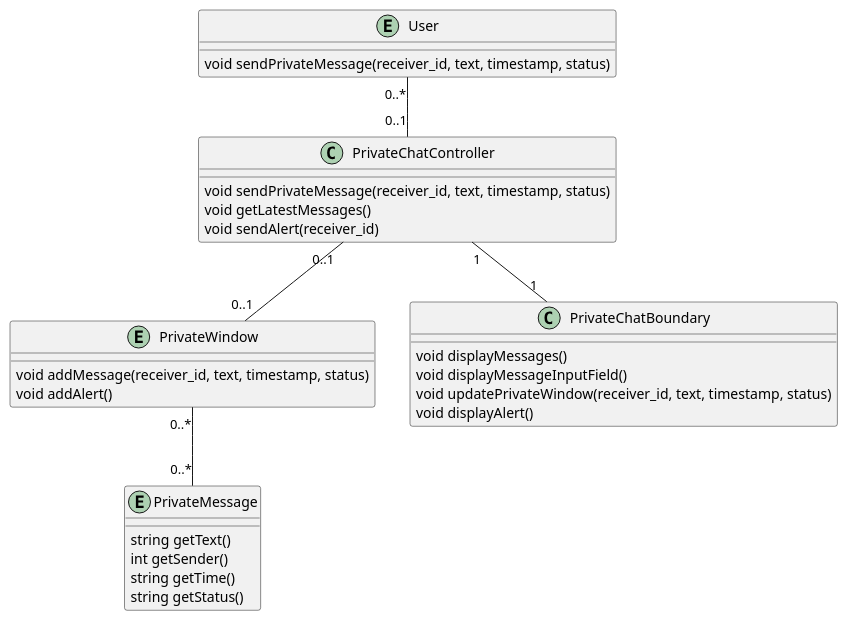
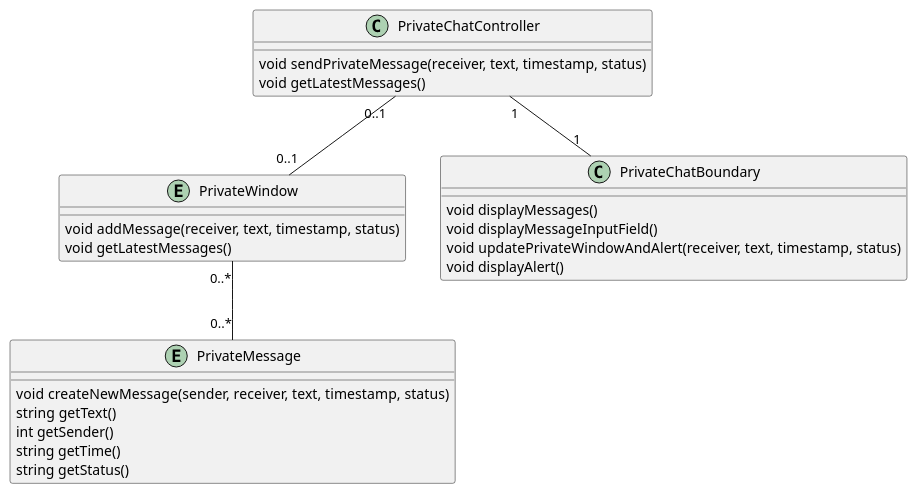
The diagram in docs/ooa/chat-privately/vopc.puml (Lorilandly/ESN), drawn with PlantUML before and after one commit. The commit also changed 1 other file, not shown here.

```diff
--- a/docs/ooa/chat-privately/vopc.puml
+++ b/docs/ooa/chat-privately/vopc.puml
@@ -1,30 +1,26 @@
 @startuml
-entity User {
-    void sendPrivateMessage(receiver_id, text, timestamp, status)
-}
 class PrivateChatController {
-    void sendPrivateMessage(receiver_id, text, timestamp, status)
+    void sendPrivateMessage(receiver, text, timestamp, status)
     void getLatestMessages()
-    void sendAlert(receiver_id)
 }
 entity PrivateWindow {
-    void addMessage(receiver_id, text, timestamp, status)
-    void addAlert()
+    void addMessage(receiver, text, timestamp, status)
+    void getLatestMessages()
 }
 class PrivateChatBoundary {
     void displayMessages()
     void displayMessageInputField()
-    void updatePrivateWindow(receiver_id, text, timestamp, status)
+    void updatePrivateWindowAndAlert(receiver, text, timestamp, status)
     void displayAlert()
 }
 entity PrivateMessage {
+    void createNewMessage(sender, receiver, text, timestamp, status)
     string getText()
     int getSender()
     string getTime()
     string getStatus()
 }
-User  "0..*" -- "0..1" PrivateChatController
 PrivateChatController "1" -- "1" PrivateChatBoundary
 PrivateChatController "0..1" -- "0..1" PrivateWindow
 PrivateWindow "0..*" -- "0..*" PrivateMessage
 @enduml
```
